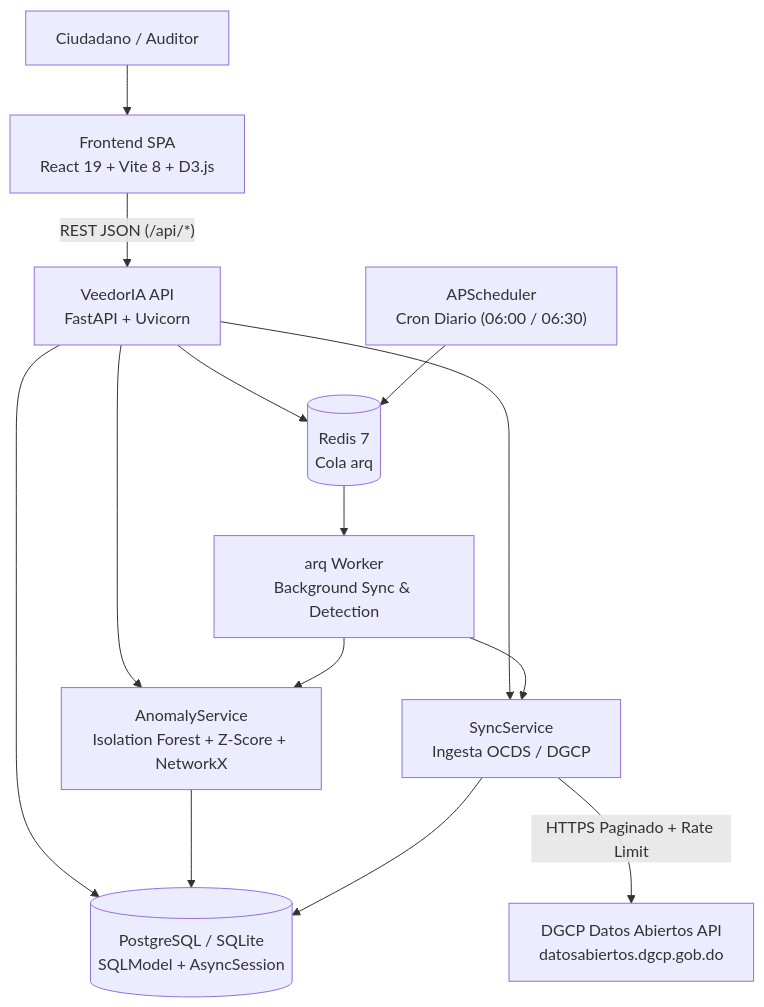
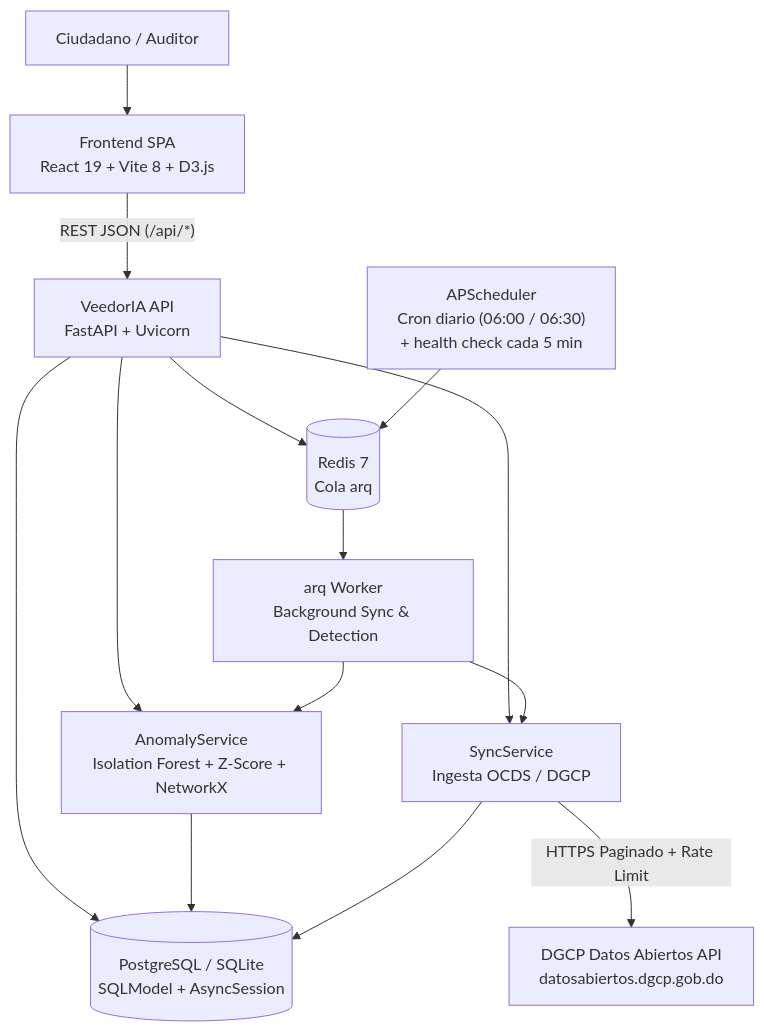
One commit to JeremyJS20/VeedorIA changed the diagram in docs/architecture/system-design.md. Above: the diagram before and after it, drawn with Mermaid. The commit also changed other lines of this file and 13 other files, not shown here.

````diff
--- a/docs/architecture/system-design.md
+++ b/docs/architecture/system-design.md
@@ -17,16 +17,16 @@
 ```mermaid
 graph TB
     User["Ciudadano / Auditor"] --> FE["Frontend SPA\nReact 19 + Vite 8 + D3.js"]
     FE -->|"REST JSON (/api/*)"| API["VeedorIA API\nFastAPI + Uvicorn"]
     API --> AnomalySvc["AnomalyService\nIsolation Forest + Z-Score + NetworkX"]
     API --> SyncSvc["SyncService\nIngesta OCDS / DGCP"]
     API --> DB[("PostgreSQL / SQLite\nSQLModel + AsyncSession")]
     API --> Redis[("Redis 7\nCola arq")]
-    Scheduler["APScheduler\nCron Diario (06:00 / 06:30)"] --> Redis
+    Scheduler["APScheduler\nCron diario (06:00 / 06:30)\n+ health check cada 5 min"] --> Redis
     Redis --> Worker["arq Worker\nBackground Sync & Detection"]
     Worker --> SyncSvc
     Worker --> AnomalySvc
     SyncSvc -->|"HTTPS Paginado + Rate Limit"| DGCP["DGCP Datos Abiertos API\ndatosabiertos.dgcp.gob.do"]
     AnomalySvc --> DB
     SyncSvc --> DB
 ```
````
